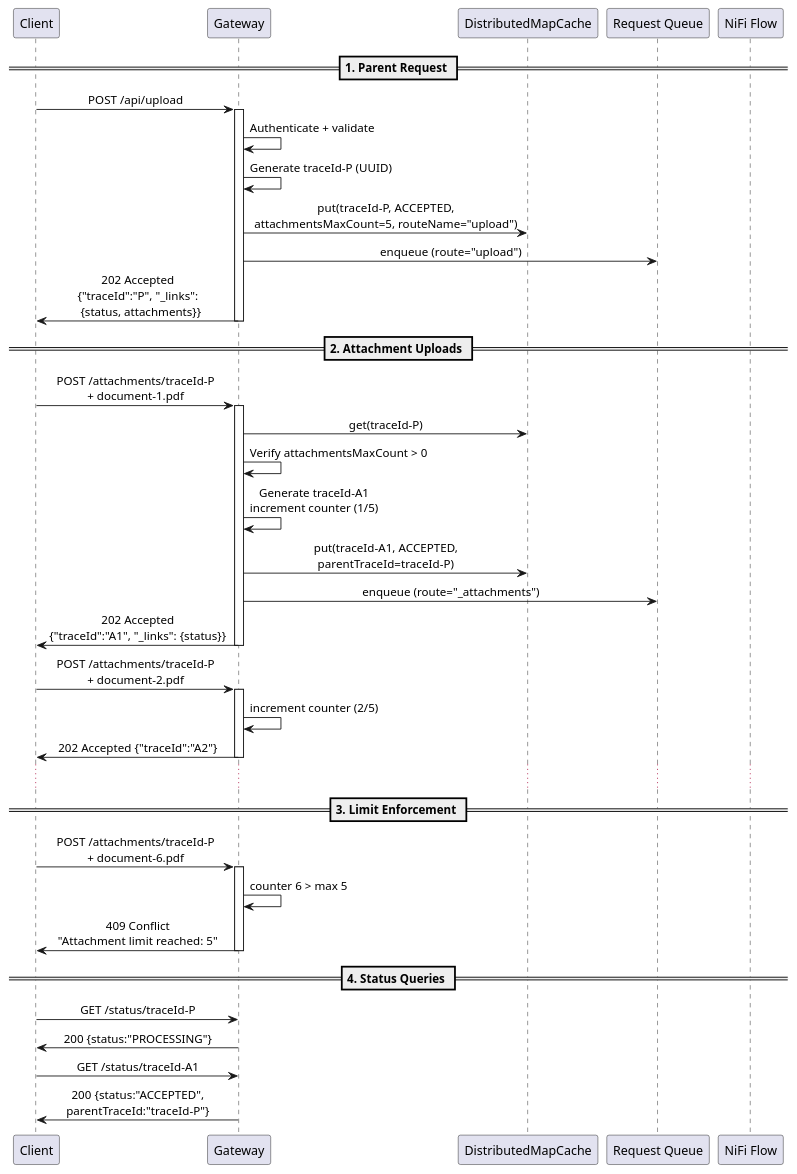
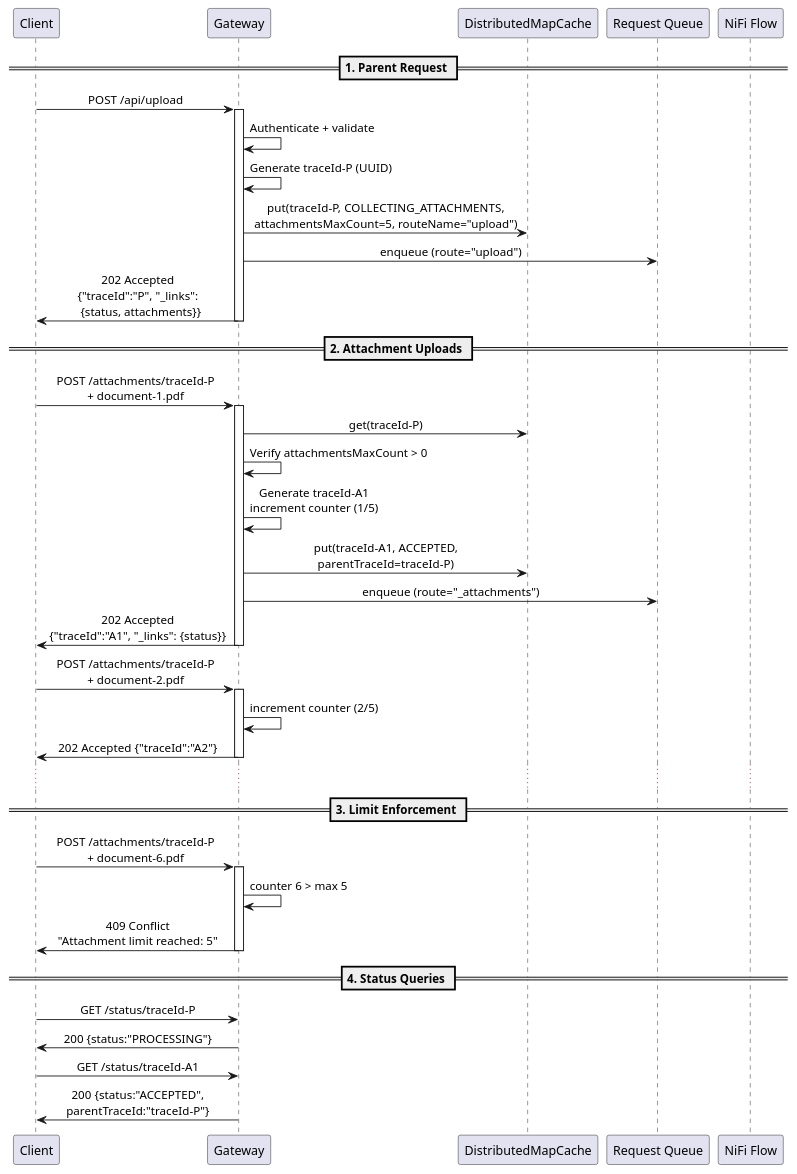
Before and after one commit to cuioss/nifi-extensions: the first of 4 diagrams in doc/reference/attachments-api.adoc, drawn with PlantUML. The commit also changed other lines of this file and 141 other files, not shown here.

```diff
--- a/doc/reference/attachments-api.adoc
+++ b/doc/reference/attachments-api.adoc
@@ -13,55 +13,55 @@
 [plantuml]
 ----
 @startuml
 skinparam sequenceMessageAlign center
 
 participant "Client" as C
 participant "Gateway" as G
 participant "DistributedMapCache" as DMC
 participant "Request Queue" as Q
 participant "NiFi Flow" as NF
 
 == 1. Parent Request ==
 C -> G : POST /api/upload
 activate G
 G -> G : Authenticate + validate
 G -> G : Generate traceId-P (UUID)
-G -> DMC : put(traceId-P, ACCEPTED,\nattachmentsMaxCount=5, routeName="upload")
+G -> DMC : put(traceId-P, COLLECTING_ATTACHMENTS,\nattachmentsMaxCount=5, routeName="upload")
 G -> Q : enqueue (route="upload")
 G -> C : 202 Accepted\n{"traceId":"P", "_links":\n  {status, attachments}}
 deactivate G
 
 == 2. Attachment Uploads ==
 C -> G : POST /attachments/traceId-P\n+ document-1.pdf
 activate G
 G -> DMC : get(traceId-P)
 G -> G : Verify attachmentsMaxCount > 0
 G -> G : Generate traceId-A1\nincrement counter (1/5)
 G -> DMC : put(traceId-A1, ACCEPTED,\nparentTraceId=traceId-P)
 G -> Q : enqueue (route="_attachments")
 G -> C : 202 Accepted\n{"traceId":"A1", "_links": {status}}
 deactivate G
 
 C -> G : POST /attachments/traceId-P\n+ document-2.pdf
 activate G
 G -> G : increment counter (2/5)
 G -> C : 202 Accepted {"traceId":"A2"}
 deactivate G
 
 ...
 
 == 3. Limit Enforcement ==
 C -> G : POST /attachments/traceId-P\n+ document-6.pdf
 activate G
 G -> G : counter 6 > max 5
 G -> C : 409 Conflict\n"Attachment limit reached: 5"
 deactivate G
 
 == 4. Status Queries ==
 C -> G : GET /status/traceId-P
 G -> C : 200 {status:"PROCESSING"}
 
 C -> G : GET /status/traceId-A1
 G -> C : 200 {status:"ACCEPTED",\nparentTraceId:"traceId-P"}
 @enduml
 ----
```
